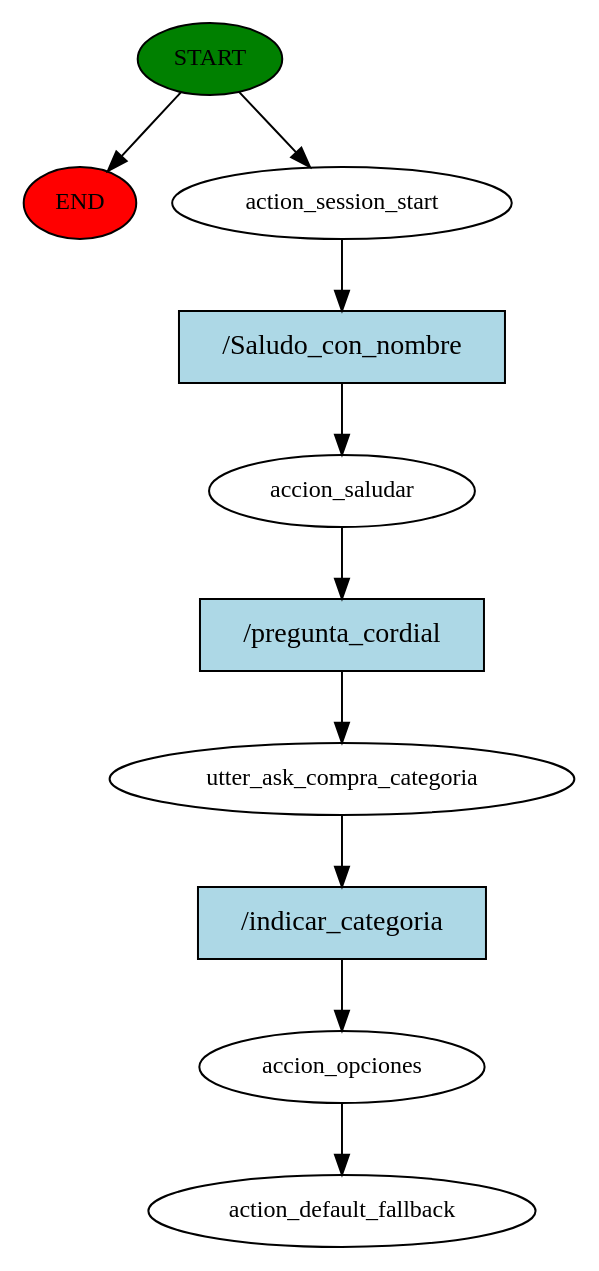
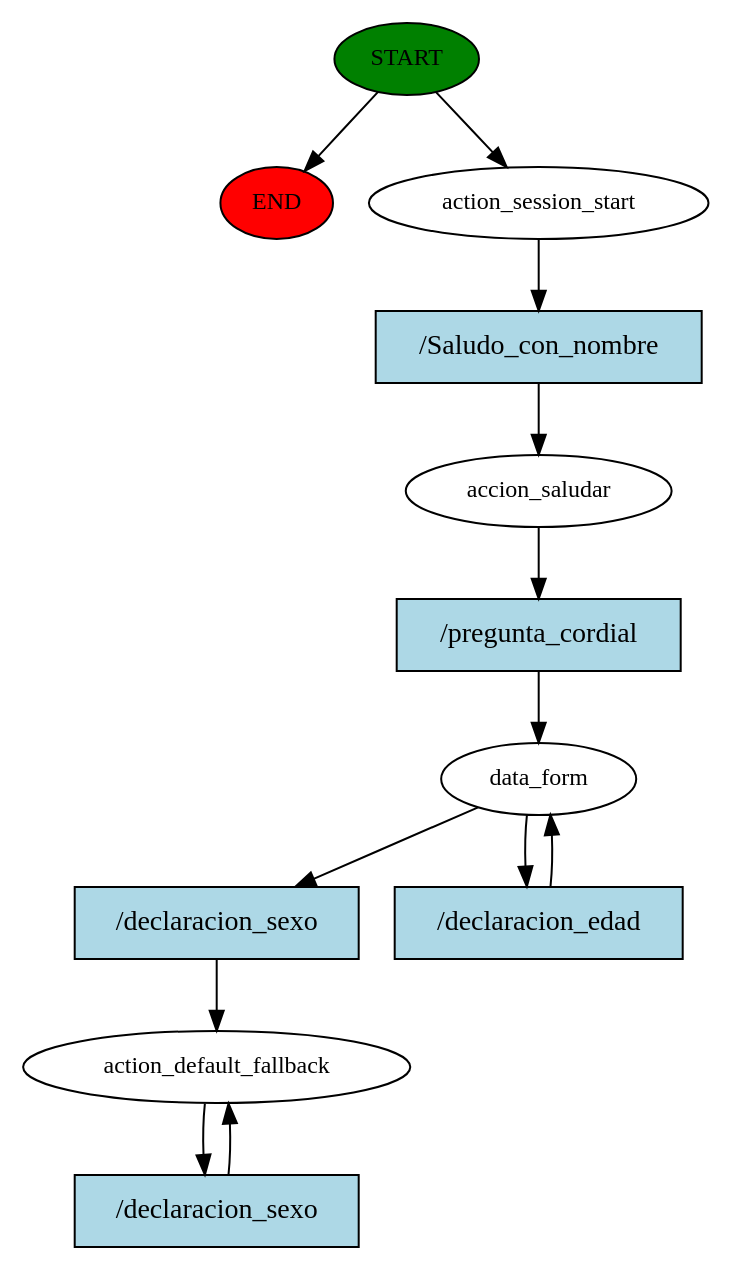
One commit to ValentinPardo/Rasa-chatbot changed the diagram in story_graph.dot. Above: the diagram before and after it, drawn with Graphviz. The commit also changed 716 other files, not shown here.

```diff
--- a/story_graph.dot
+++ b/story_graph.dot
@@ -1,21 +1,25 @@
 digraph  {
 0 [class="start active", fillcolor=green, fontsize=12, label=START, style=filled];
 "-1" [class=end, fillcolor=red, fontsize=12, label=END, style=filled];
 1 [class=active, fontsize=12, label=action_session_start];
 2 [class=active, fontsize=12, label=accion_saludar];
-3 [class=active, fontsize=12, label=utter_ask_compra_categoria];
-4 [class=active, fontsize=12, label=accion_opciones];
-5 [class="dashed active", fontsize=12, label=action_default_fallback];
-6 [class="intent active", fillcolor=lightblue, label="/Saludo_con_nombre", shape=rect, style=filled];
-7 [class="intent active", fillcolor=lightblue, label="/pregunta_cordial", shape=rect, style=filled];
-8 [class="intent active", fillcolor=lightblue, label="/indicar_categoria", shape=rect, style=filled];
+3 [class=active, fontsize=12, label=data_form];
+5 [class="active dashed", fontsize=12, label=action_default_fallback];
+7 [class="intent active", fillcolor=lightblue, label="/Saludo_con_nombre", shape=rect, style=filled];
+8 [class="intent active", fillcolor=lightblue, label="/pregunta_cordial", shape=rect, style=filled];
+9 [class="intent active", fillcolor=lightblue, label="/declaracion_sexo", shape=rect, style=filled];
+10 [class="intent active", fillcolor=lightblue, label="/declaracion_edad", shape=rect, style=filled];
+11 [class="intent active", fillcolor=lightblue, label="/declaracion_sexo", shape=rect, style=filled];
 0 -> "-1"  [class="", key=NONE, label=""];
 0 -> 1  [class=active, key=NONE, label=""];
-1 -> 6  [class=active, key=0];
-2 -> 7  [class=active, key=0];
-3 -> 8  [class=active, key=0];
-4 -> 5  [class=active, key=NONE, label=""];
-6 -> 2  [class=active, key=0];
-7 -> 3  [class=active, key=0];
-8 -> 4  [class=active, key=0];
+1 -> 7  [class=active, key=0];
+2 -> 8  [class=active, key=0];
+3 -> 9  [class=active, key=0];
+3 -> 10  [class=active, key=0];
+5 -> 11  [class=active, key=0];
+7 -> 2  [class=active, key=0];
+8 -> 3  [class=active, key=0];
+9 -> 5  [class=active, key=0];
+10 -> 3  [class=active, key=0];
+11 -> 5  [class=active, key=0];
 }
```
